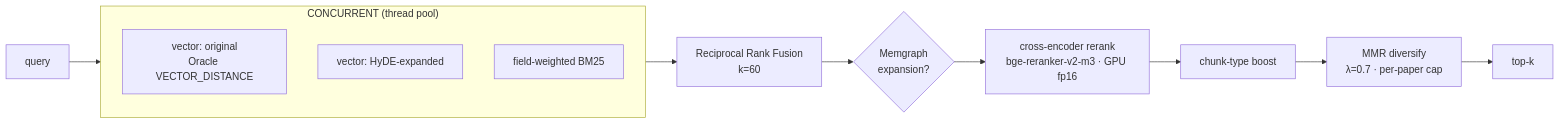
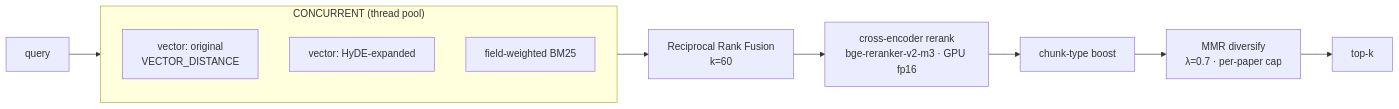
One commit to anistondeveloperteam-ANT/Audio-research-assistant changed the third of 5 diagrams in docs/ARCHITECTURE.md. Above: the diagram before and after it, drawn with Mermaid. The commit also changed other lines of this file and 28 other files, not shown here.

````diff
--- a/docs/ARCHITECTURE.md
+++ b/docs/ARCHITECTURE.md
@@ -204,11 +192,10 @@
 ```mermaid
 flowchart LR
     Q[query] --> P
     subgraph P["CONCURRENT (thread pool)"]
-      VO[vector: original<br/>Oracle VECTOR_DISTANCE]
+      VO[vector: original<br/>VECTOR_DISTANCE]
       VH[vector: HyDE-expanded]
       BM[field-weighted BM25]
     end
-    P --> RRF[Reciprocal Rank Fusion<br/>k=60] --> G{Memgraph<br/>expansion?}
-    G --> RR[cross-encoder rerank<br/>bge-reranker-v2-m3 · GPU fp16] --> CB[chunk-type boost] --> MMR[MMR diversify<br/>λ=0.7 · per-paper cap] --> R[top-k]
+    P --> RRF[Reciprocal Rank Fusion<br/>k=60] --> RR[cross-encoder rerank<br/>bge-reranker-v2-m3 · GPU fp16] --> CB[chunk-type boost] --> MMR[MMR diversify<br/>λ=0.7 · per-paper cap] --> R[top-k]
 ```
````
